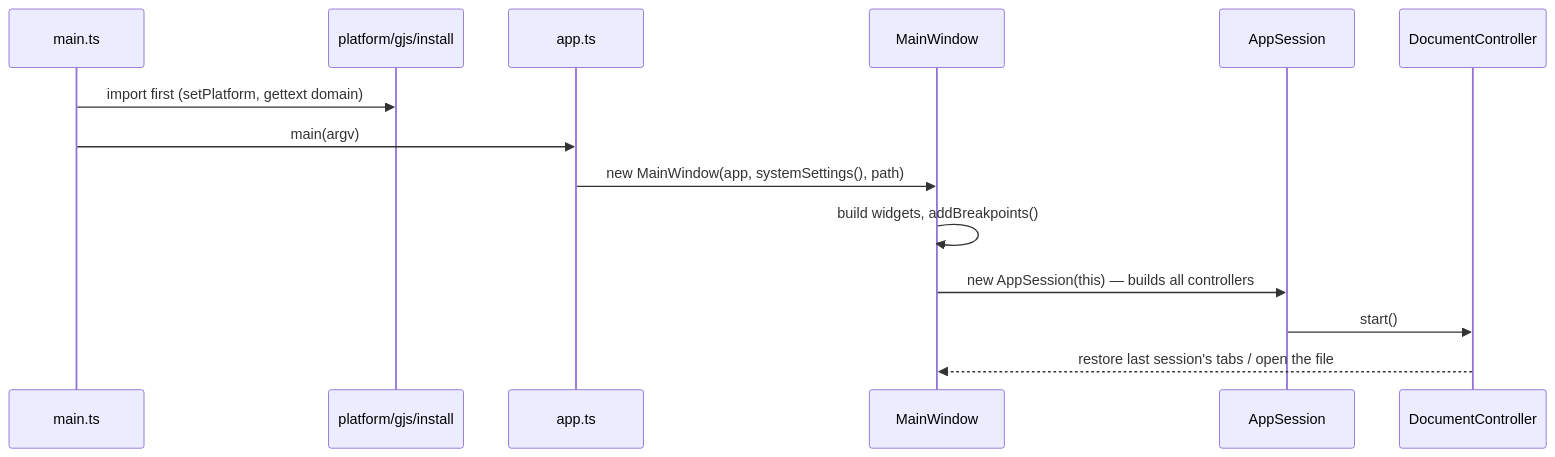
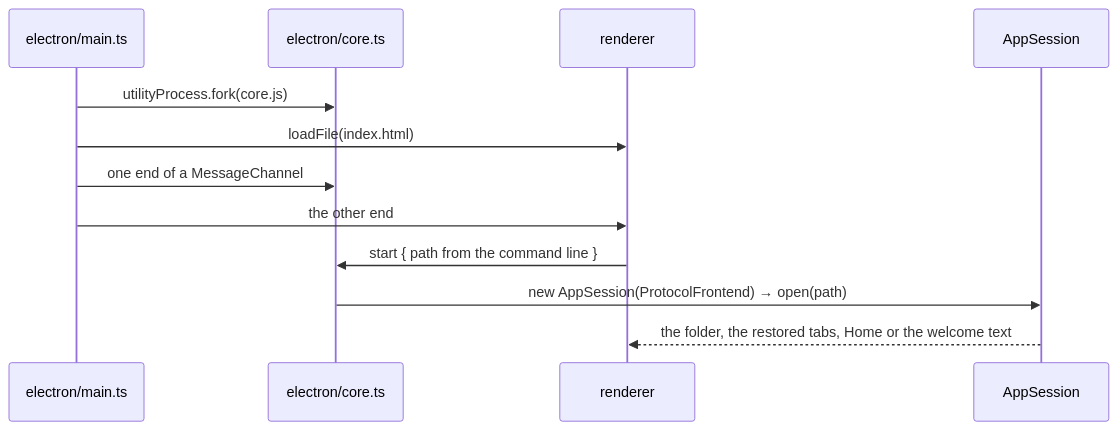
One commit to EkaPutCom/markwork changed the ninth of 16 diagrams in docs/ONBOARDING.md. Above: the diagram before and after it, drawn with Mermaid. The commit also changed other lines of this file and 111 other files, not shown here.

````diff
--- a/docs/ONBOARDING.md
+++ b/docs/ONBOARDING.md
@@ -394,16 +340,14 @@
 ```mermaid
 sequenceDiagram
-    participant M as main.ts
-    participant I as platform/gjs/install
-    participant A as app.ts
-    participant W as MainWindow
+    participant M as electron/main.ts
+    participant C as electron/core.ts
+    participant R as renderer
     participant S as AppSession
-    participant D as DocumentController
-    M->>I: import first (setPlatform, gettext domain)
-    M->>A: main(argv)
-    A->>W: new MainWindow(app, systemSettings(), path)
-    W->>W: build widgets, addBreakpoints()
-    W->>S: new AppSession(this) — builds all controllers
-    S->>D: start()
-    D-->>W: restore last session's tabs / open the file
+    M->>C: utilityProcess.fork(core.js)
+    M->>R: loadFile(index.html)
+    M->>C: one end of a MessageChannel
+    M->>R: the other end
+    R->>C: start { path from the command line }
+    C->>S: new AppSession(ProtocolFrontend) → open(path)
+    S-->>R: the folder, the restored tabs, Home or the welcome text
 ```
````
